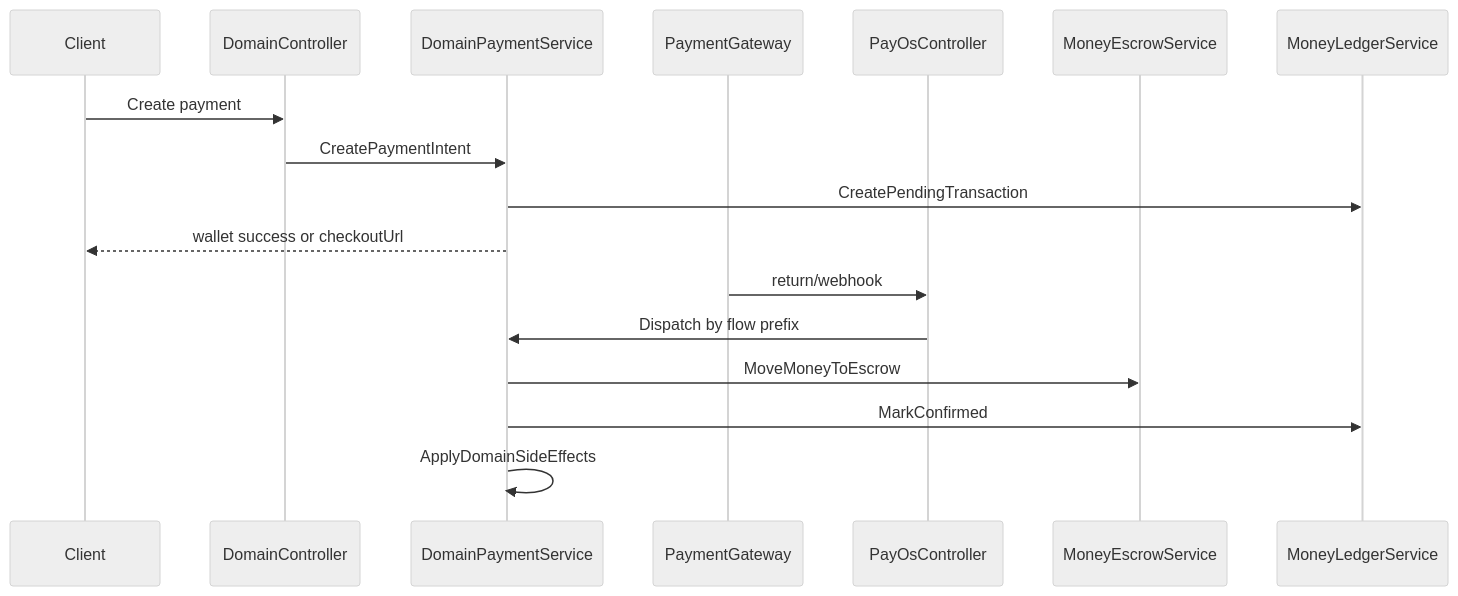
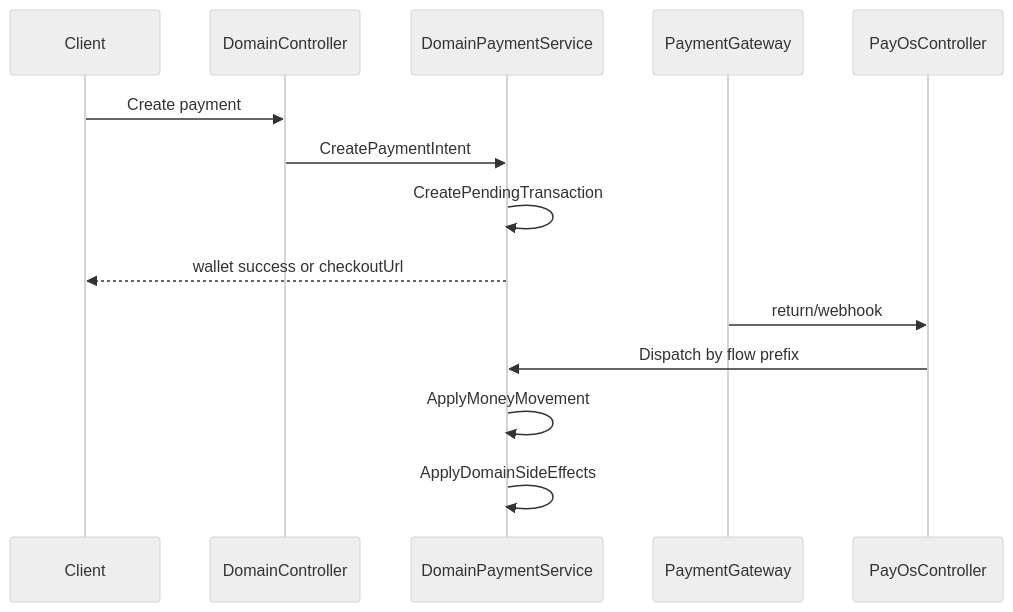
Before and after one commit to Snake-AID/SnakeAid.Docs: the fifth of 5 diagrams in Docs/05-Backend/02-layers/money-aspect/money-aspect.sourcemap.md, drawn with Mermaid (neutral theme). The commit also changed other lines of this file and 1 other file, not shown here.

Commit message:
feat(docs): update money aspect sourcemap and refactoring documentation to clarify ownership and shared primitive boundaries

````diff
--- a/Docs/05-Backend/02-layers/money-aspect/money-aspect.sourcemap.md
+++ b/Docs/05-Backend/02-layers/money-aspect/money-aspect.sourcemap.md
@@ -200,21 +150,18 @@
 ```mermaid
 sequenceDiagram
     participant Client
     participant DomainController
     participant DomainPaymentService
     participant PaymentGateway
     participant PayOsController
-    participant MoneyEscrowService
-    participant MoneyLedgerService
 
     Client->>DomainController: Create payment
     DomainController->>DomainPaymentService: CreatePaymentIntent
-    DomainPaymentService->>MoneyLedgerService: CreatePendingTransaction
+    DomainPaymentService->>DomainPaymentService: CreatePendingTransaction
     DomainPaymentService-->>Client: wallet success or checkoutUrl
 
     PaymentGateway->>PayOsController: return/webhook
     PayOsController->>DomainPaymentService: Dispatch by flow prefix
-    DomainPaymentService->>MoneyEscrowService: MoveMoneyToEscrow
-    DomainPaymentService->>MoneyLedgerService: MarkConfirmed
+    DomainPaymentService->>DomainPaymentService: ApplyMoneyMovement
     DomainPaymentService->>DomainPaymentService: ApplyDomainSideEffects
 ```
````
